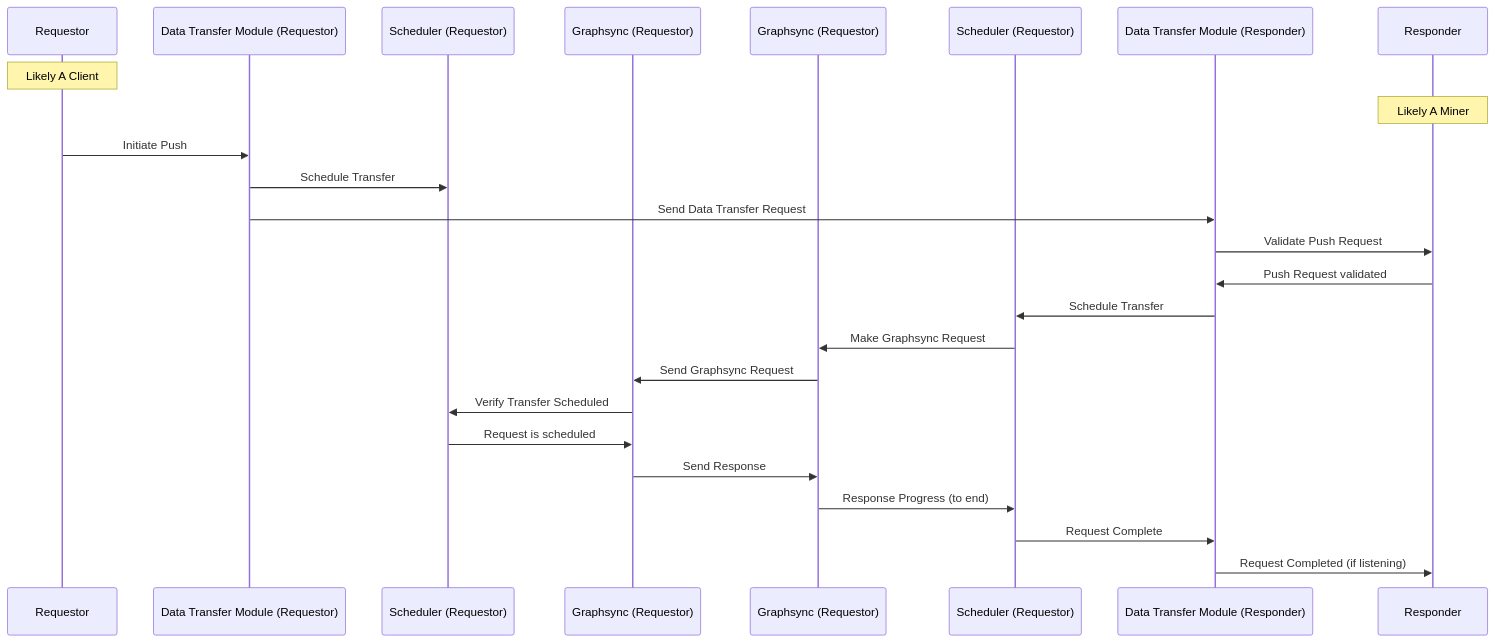
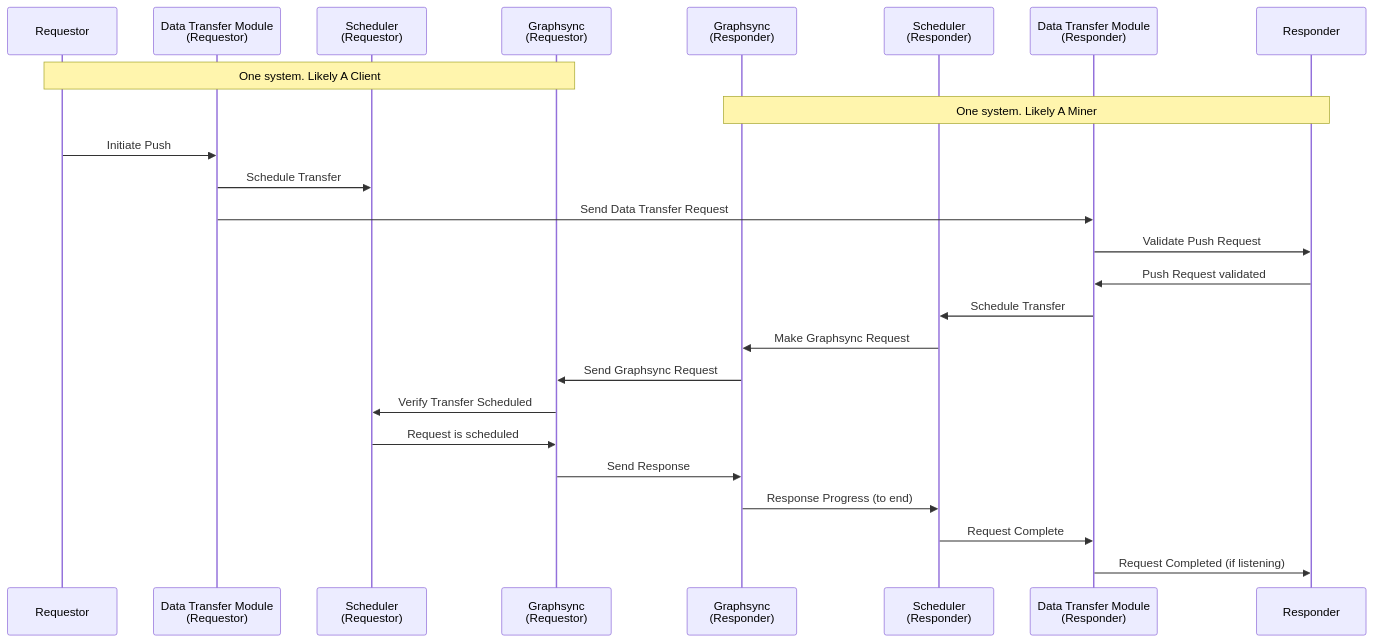
One commit to filecoin-project/specs changed the diagram in src/systems/filecoin_files/data_transfer/push-flow.mmd. Above: the diagram before and after it, drawn with Mermaid. The commit also changed 5 other files, not shown here.

First line of the commit message:
data_transfer: changed to mmd diagrams

```diff
--- a/src/systems/filecoin_files/data_transfer/push-flow.mmd
+++ b/src/systems/filecoin_files/data_transfer/push-flow.mmd
@@ -1,28 +1,28 @@
 sequenceDiagram
 
   participant Requestor
-  participant ReqDT as Data Transfer Module (Requestor)
-  participant ReqSC as Scheduler (Requestor)
-  participant ReqGS as Graphsync (Requestor)
-  participant ResGS as Graphsync (Requestor)
-  participant ResSC as Scheduler (Requestor)
-  participant ResDT as Data Transfer Module (Responder)
+  participant ReqDT as Data Transfer Module <br /> (Requestor)
+  participant ReqSC as Scheduler  <br /> (Requestor)
+  participant ReqGS as Graphsync  <br /> (Requestor)
+  participant ResGS as Graphsync  <br /> (Responder)
+  participant ResSC as Scheduler  <br /> (Responder)
+  participant ResDT as Data Transfer Module <br /> (Responder)
   participant Responder
 
-  Note over Requestor: Likely A Client
-  Note over Responder: Likely A Miner
+  Note over Requestor,ReqGS: One system. Likely A Client
+  Note over ResGS,Responder: One system. Likely A Miner
 
   Requestor ->> ReqDT : Initiate Push
   ReqDT ->> ReqSC : Schedule Transfer
   ReqDT ->> ResDT : Send Data Transfer Request
   ResDT ->> Responder : Validate Push Request
   Responder ->> ResDT : Push Request validated
   ResDT ->> ResSC : Schedule Transfer
   ResSC ->> ResGS : Make Graphsync Request
   ResGS ->> ReqGS : Send Graphsync Request
   ReqGS ->> ReqSC : Verify Transfer Scheduled
   ReqSC ->> ReqGS : Request is scheduled
   ReqGS ->> ResGS : Send Response
   ResGS ->> ResSC : Response Progress (to end)
   ResSC ->> ResDT : Request Complete
   ResDT ->> Responder : Request Completed (if listening)
```
